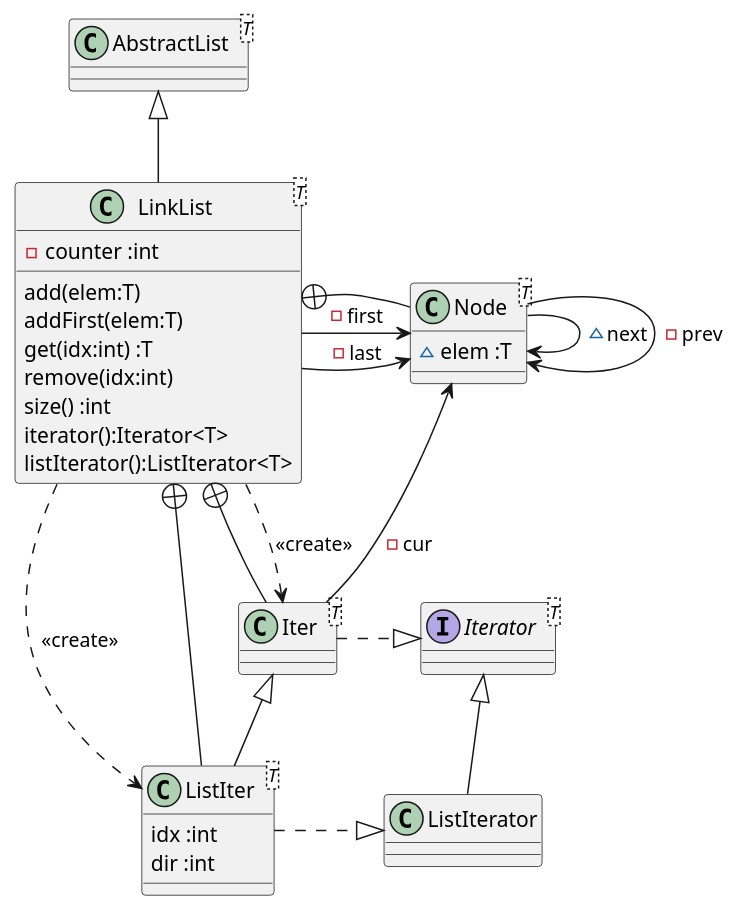
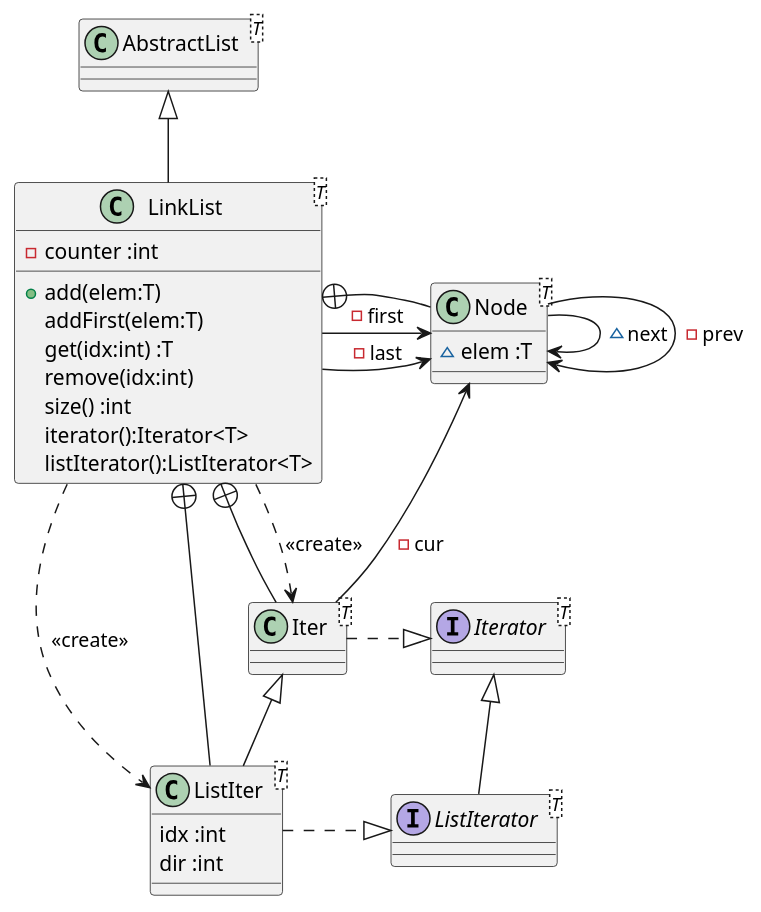
One commit to isel-leic-poo/20-21-1-LI21N changed the diagram in List/src/isel/poo/list/LinkList.puml. Above: the diagram before and after it, drawn with PlantUML. The commit also changed 8 other files, not shown here.

```diff
--- a/List/src/isel/poo/list/LinkList.puml
+++ b/List/src/isel/poo/list/LinkList.puml
@@ -1,55 +1,56 @@
 @startuml
+
+'hide circles
+'skinparam classAttributeIconSize 0
 
 class AbstractList<T>
 
 class LinkList<T> {
   '-first :Node
   -counter :int
-  add(elem:T)
+  +add(elem:T)
   addFirst(elem:T)
   get(idx:int) :T
   remove(idx:int)
   size() :int
   iterator():Iterator<T>
   listIterator():ListIterator<T>
 }
 LinkList ..> Iter : <<create>>
 LinkList ..> ListIter : <<create>>
 AbstractList <|-- LinkList
 
-interface Iterator<T> {
-   '+hasNext():boolean
-   '+next():T
-}
+interface Iterator<T>
+interface ListIterator<T>
 
 class Iter<T> {
    '+hasNext():boolean
    '+next():int
 }
 
 class ListIter<T> {
     idx :int
     dir :int
 }
 
 class Node<T> {
   ~elem :T
   '~next :Node
 }
 
 Node <- Iter : -cur
 Node -> Node : ~next
 Node -> Node : -prev
 'LinkList ..> IntIterator
 LinkList +- Node : "  "
 LinkList -> Node : -first
 LinkList -> Node : -last
 LinkList +-- Iter : "   "
 LinkList +-- ListIter
 
 Iter .|> Iterator : "      "
 Iterator <|-- ListIterator
 ListIter .|> ListIterator : "      "
 Iter <|-- ListIter
 
 @enduml
```
